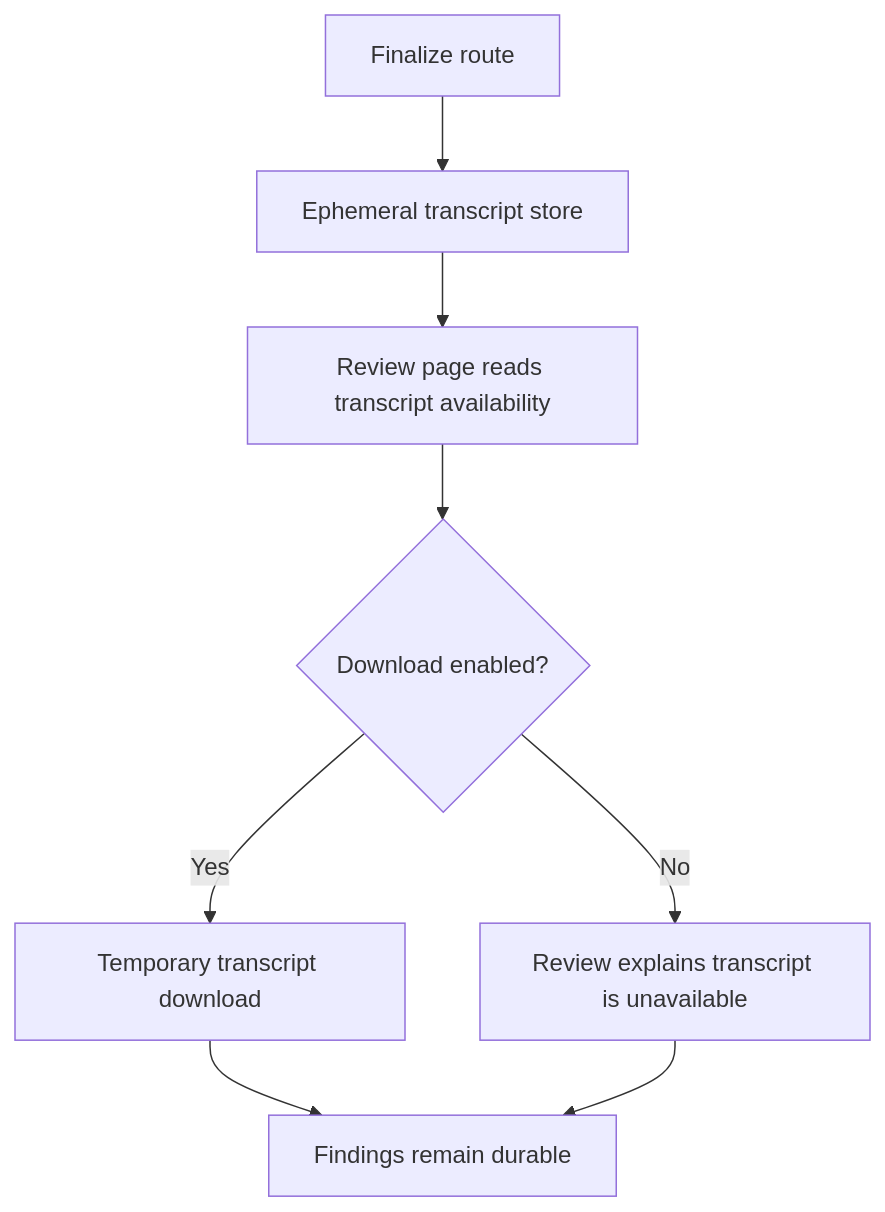
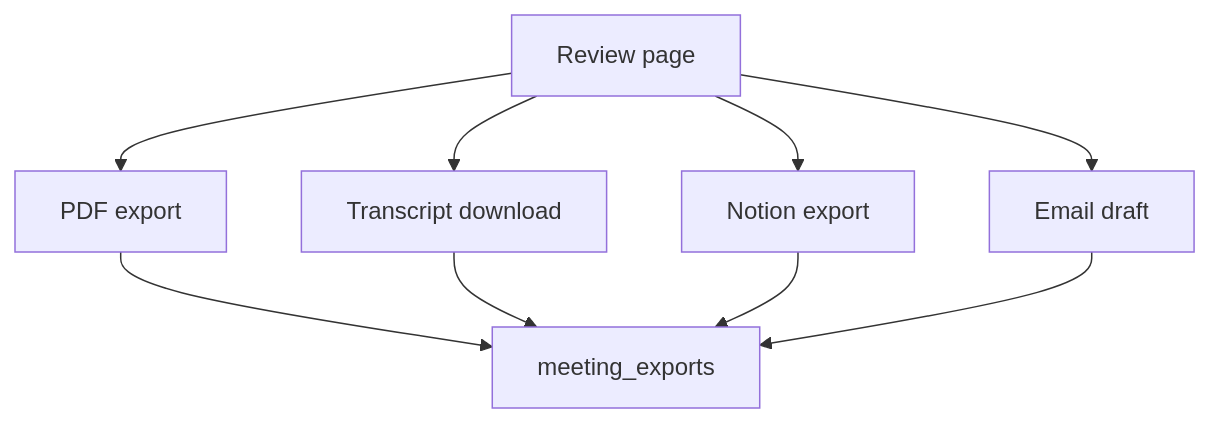
Before and after one commit to krishna0605/NextStop.AI-Web: the fifth of 12 diagrams in docs/production-readiness-report.md, drawn with Mermaid. The commit also changed other lines of this file and 120 other files, not shown here.

Commit message:
feat(web): harden durable meeting flows, ops readiness, and local auth

````diff
--- a/docs/production-readiness-report.md
+++ b/docs/production-readiness-report.md
@@ -434,10 +332,12 @@
 ```mermaid
-flowchart TD
-  A["Finalize route"] --> B["Ephemeral transcript store"]
-  B --> C["Review page reads transcript availability"]
-  C --> D{"Download enabled?"}
-  D -- "Yes" --> E["Temporary transcript download"]
-  D -- "No" --> F["Review explains transcript is unavailable"]
-  E --> G["Findings remain durable"]
-  F --> G
+flowchart TB
+    Review["Review page"] --> PDF["PDF export"]
+    Review --> TXT["Transcript download"]
+    Review --> Notion["Notion export"]
+    Review --> Email["Email draft"]
+
+    PDF --> Log["meeting_exports"]
+    TXT --> Log
+    Notion --> Log
+    Email --> Log
 ```
````
